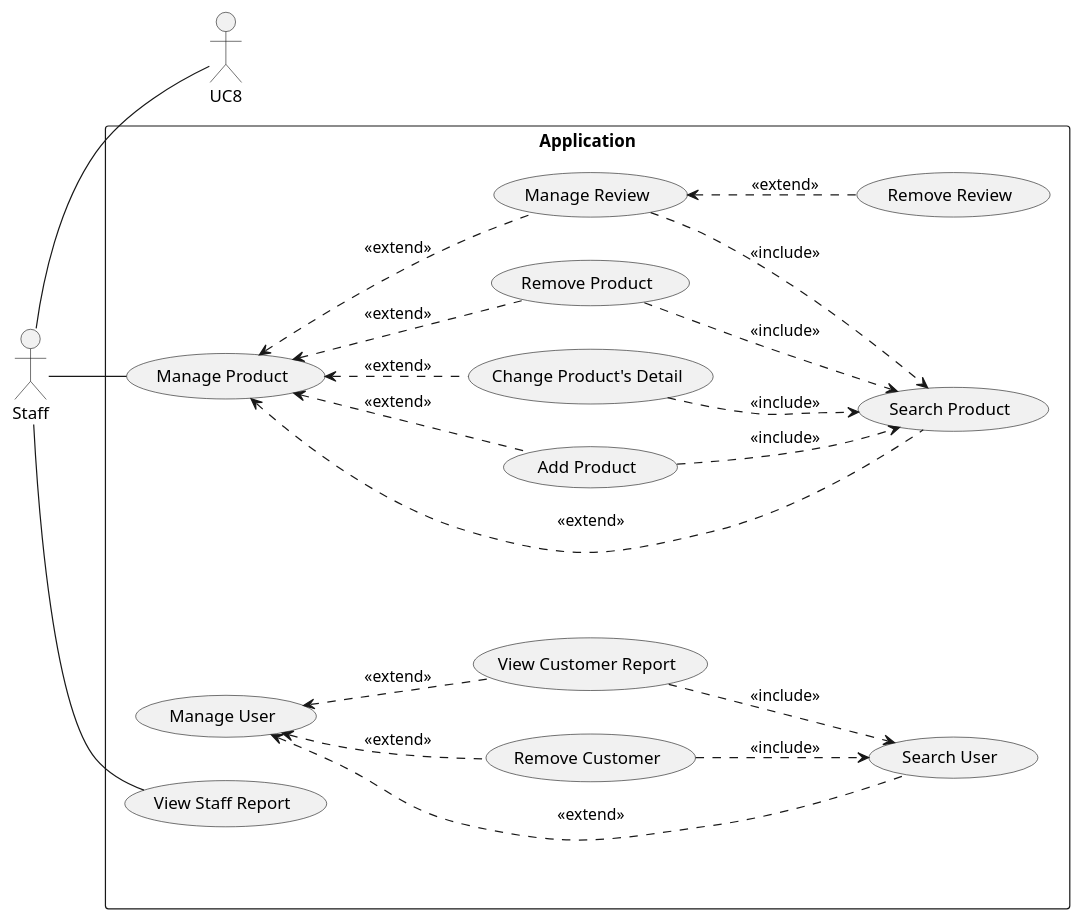
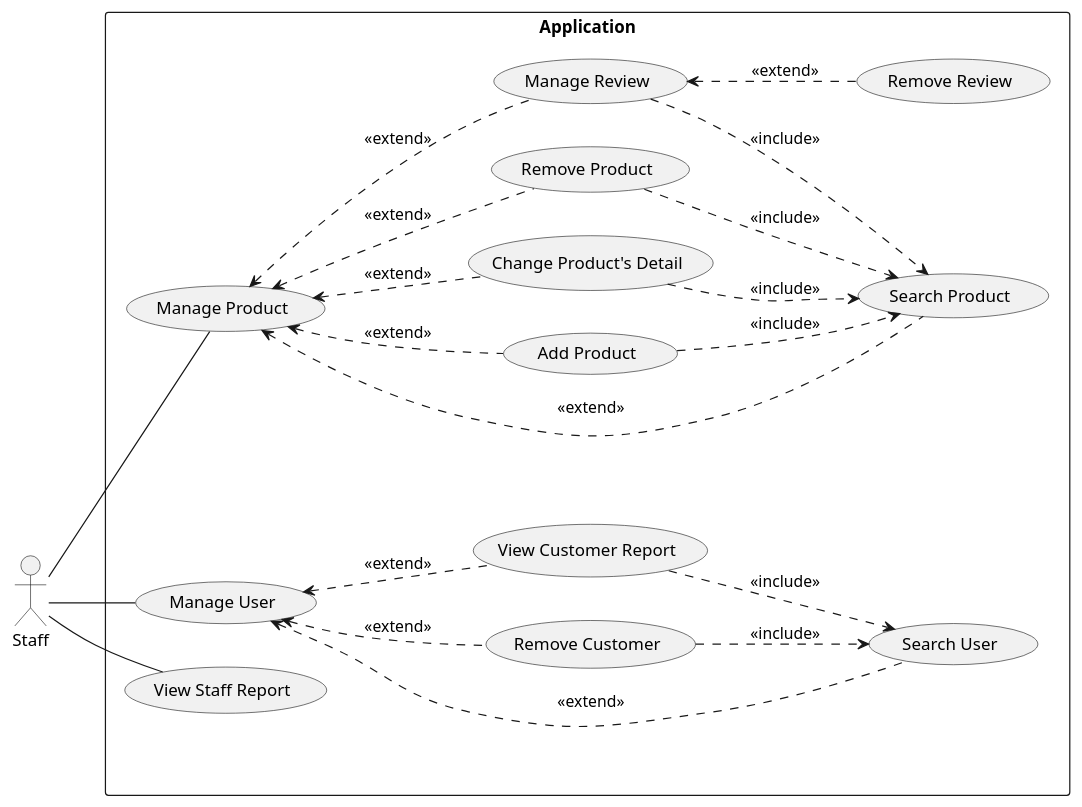
One commit to electricilies/electricilies.github.io changed the diagram in docs/docs/use-case/staff.md. Above: the diagram before and after it, drawn with PlantUML. The commit also changed 5 other files, not shown here.

````diff
--- a/docs/docs/use-case/staff.md
+++ b/docs/docs/use-case/staff.md
@@ -3,42 +3,42 @@
 ```plantuml
 @startuml
 left to right direction
 actor Staff
 
 rectangle "Application" {
   usecase UC01 as "Manage Product"
   usecase UC02 as "Search Product"
   usecase UC03 as "Add Product"
   usecase UC04 as "Change Product's Detail"
   usecase UC05 as "Remove Product"
   usecase UC06 as "Manage Review"
   usecase UC07 as "Remove Review"
   usecase UC08 as "Manage User"
   usecase UC09 as "Search User"
   usecase UC10 as "Remove Customer"
   usecase UC11 as "View Customer Report"
   usecase UC12 as "View Staff Report"
 }
 
 Staff -- UC01
-Staff -- UC8
+Staff -- UC08
 Staff -- UC12
 
 UC01 <.. UC02 : <<extend>>
 UC01 <.. UC03 : <<extend>>
 UC01 <.. UC04 : <<extend>>
 UC01 <.. UC05 : <<extend>>
 UC01 <.. UC06 : <<extend>>
 UC03 ..> UC02 : <<include>>
 UC04 ..> UC02 : <<include>>
 UC05 ..> UC02 : <<include>>
 UC06 ..> UC02 : <<include>>
 UC06 <.. UC07 : <<extend>>
 UC08 <.. UC09 : <<extend>>
 UC08 <.. UC10 : <<extend>>
 UC08 <.. UC11 : <<extend>>
 UC10 ..> UC09 : <<include>>
 UC11 ..> UC09 : <<include>>
 
 @enduml
 ```
````
